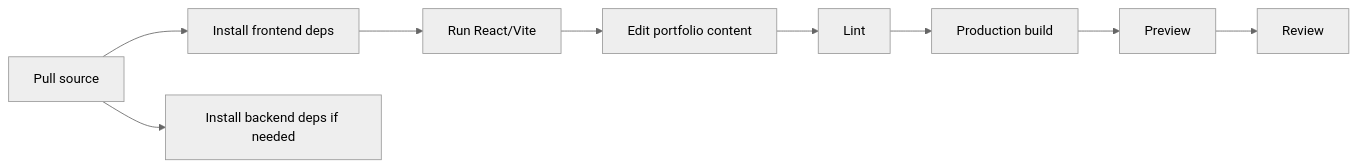
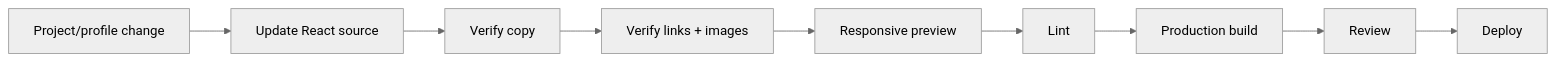
The third of 6 diagrams in docs/development-pipeline.md (HidayahMF/Portofolio-2025), drawn with Mermaid (neutral theme) before and after one commit. The commit also changed other lines of this file, not shown here.

````diff
--- a/docs/development-pipeline.md
+++ b/docs/development-pipeline.md
@@ -54,11 +64,11 @@
 ```mermaid
 flowchart LR
-    SRC[Pull source] --> FE[Install frontend deps]
-    SRC --> BE[Install backend deps if needed]
-    FE --> DEV[Run React/Vite]
-    DEV --> CONTENT[Edit portfolio content]
-    CONTENT --> LINT[Lint]
-    LINT --> BUILD[Production build]
-    BUILD --> PREVIEW[Preview]
-    PREVIEW --> REVIEW[Review]
+    A[Project/profile change] --> B[Update React source]
+    B --> C[Verify copy]
+    C --> D[Verify links + images]
+    D --> E[Responsive preview]
+    E --> F[Lint]
+    F --> G[Production build]
+    G --> H[Review]
+    H --> I[Deploy]
 ```
````
